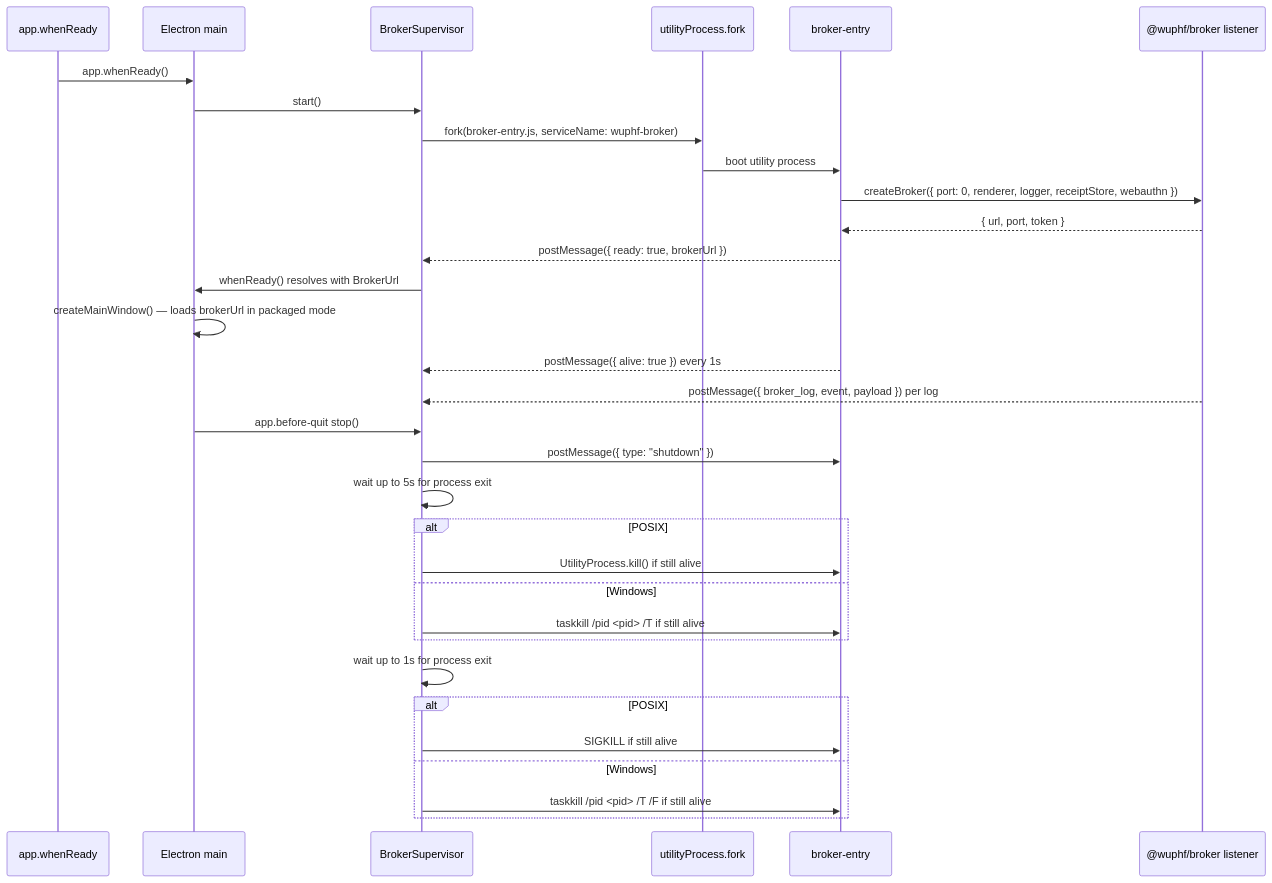
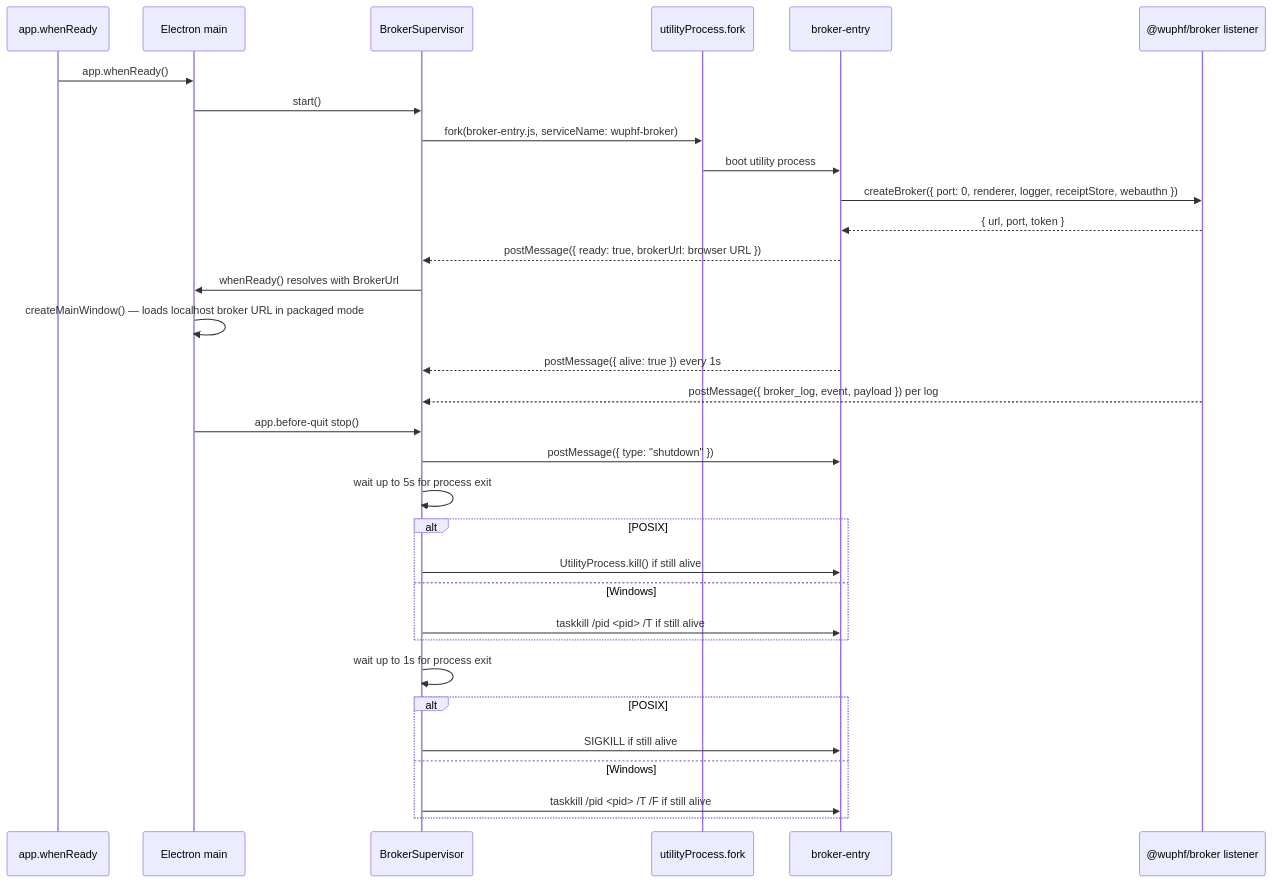
One commit to nex-crm/wuphf changed the diagram in apps/desktop/docs/modules/broker-spawn.md. Above: the diagram before and after it, drawn with Mermaid. The commit also changed other lines of this file and 13 other files, not shown here.

````diff
--- a/apps/desktop/docs/modules/broker-spawn.md
+++ b/apps/desktop/docs/modules/broker-spawn.md
@@ -8,35 +8,35 @@
 ```mermaid
 sequenceDiagram
   participant App as app.whenReady
   participant Main as Electron main
   participant Supervisor as BrokerSupervisor
   participant Utility as utilityProcess.fork
   participant Entry as broker-entry
   participant Listener as @wuphf/broker listener
 
   App->>Main: app.whenReady()
   Main->>Supervisor: start()
   Supervisor->>Utility: fork(broker-entry.js, serviceName: wuphf-broker)
   Utility->>Entry: boot utility process
   Entry->>Listener: createBroker({ port: 0, renderer, logger, receiptStore, webauthn })
   Listener-->>Entry: { url, port, token }
-  Entry-->>Supervisor: postMessage({ ready: true, brokerUrl })
+  Entry-->>Supervisor: postMessage({ ready: true, brokerUrl: browser URL })
   Supervisor->>Main: whenReady() resolves with BrokerUrl
-  Main->>Main: createMainWindow() — loads brokerUrl in packaged mode
+  Main->>Main: createMainWindow() — loads localhost broker URL in packaged mode
   Entry-->>Supervisor: postMessage({ alive: true }) every 1s
   Listener-->>Supervisor: postMessage({ broker_log, event, payload }) per log
   Main->>Supervisor: app.before-quit stop()
   Supervisor->>Entry: postMessage({ type: "shutdown" })
   Supervisor->>Supervisor: wait up to 5s for process exit
   alt POSIX
     Supervisor->>Entry: UtilityProcess.kill() if still alive
   else Windows
     Supervisor->>Entry: taskkill /pid <pid> /T if still alive
   end
   Supervisor->>Supervisor: wait up to 1s for process exit
   alt POSIX
     Supervisor->>Entry: SIGKILL if still alive
   else Windows
     Supervisor->>Entry: taskkill /pid <pid> /T /F if still alive
   end
 ```
````
